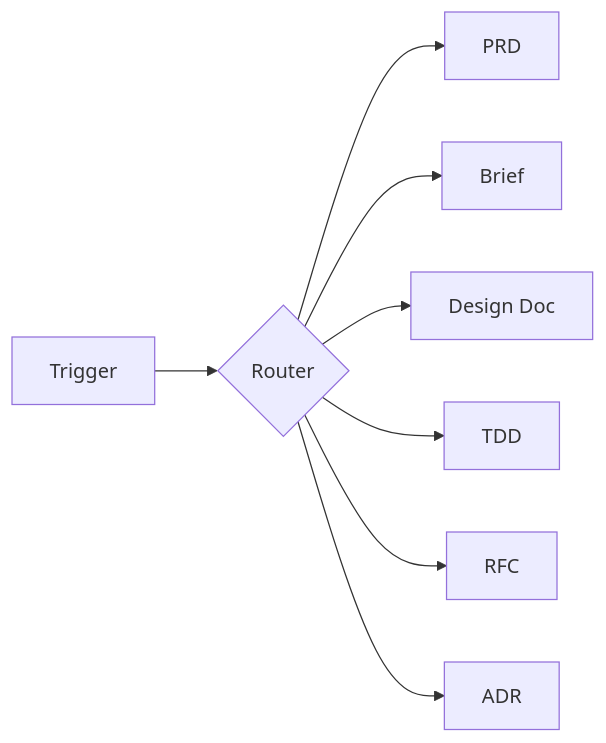
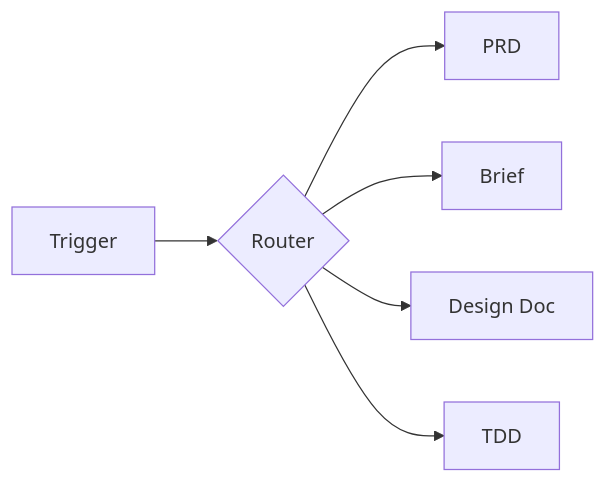
One commit to adeonir/agent-skills changed the diagram in skills/(product)/docs-writer/README.md. Above: the diagram before and after it, drawn with Mermaid. The commit also changed other lines of this file and 12 other files, not shown here.

Commit message:
refactor: drop RFC and ADR types from docs-writer

````diff
--- a/skills/(product)/docs-writer/README.md
+++ b/skills/(product)/docs-writer/README.md
@@ -15,10 +15,8 @@
 ```mermaid
 flowchart LR
     T[Trigger] --> R{Router}
     R --> PRD[PRD]
     R --> B[Brief]
     R --> DD[Design Doc]
     R --> TDD[TDD]
-    R --> RFC[RFC]
-    R --> ADR[ADR]
 ```
````
